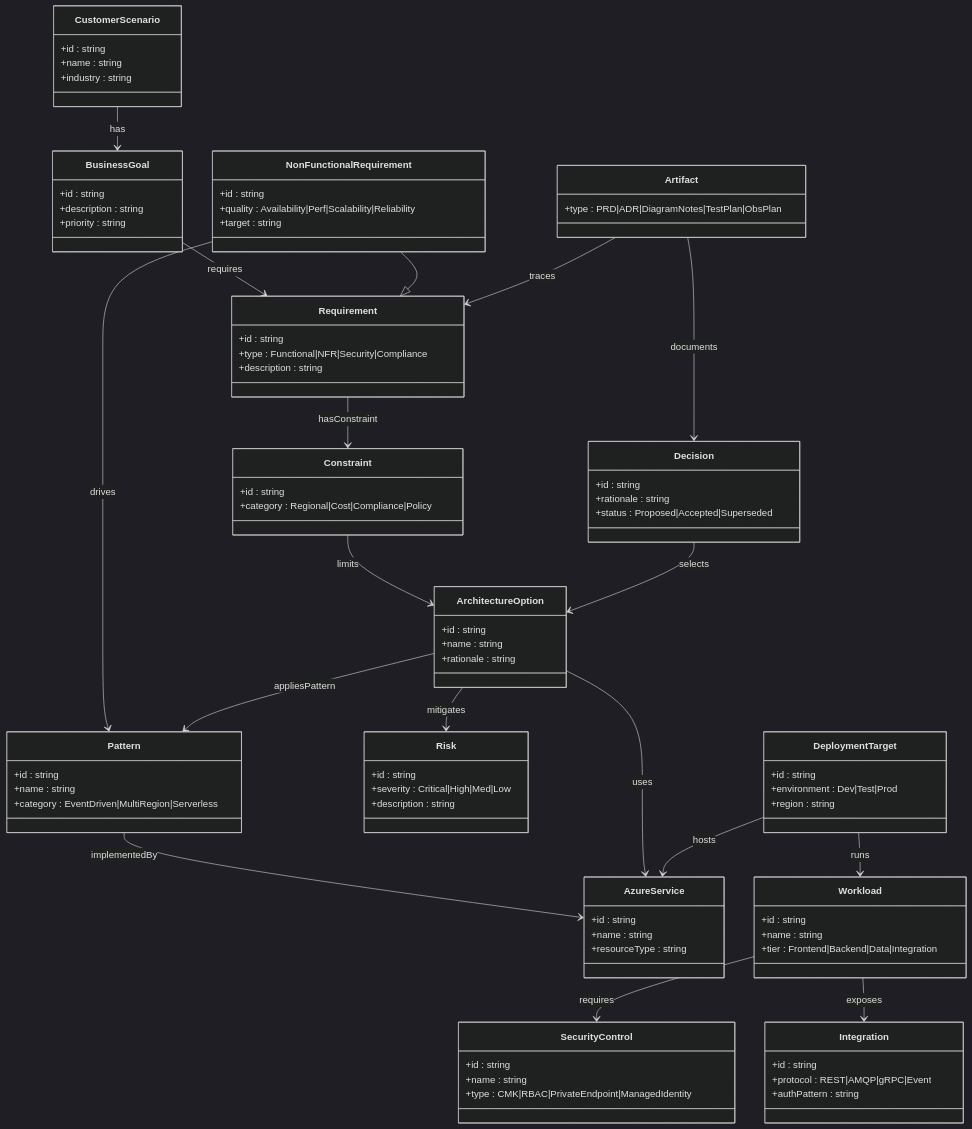
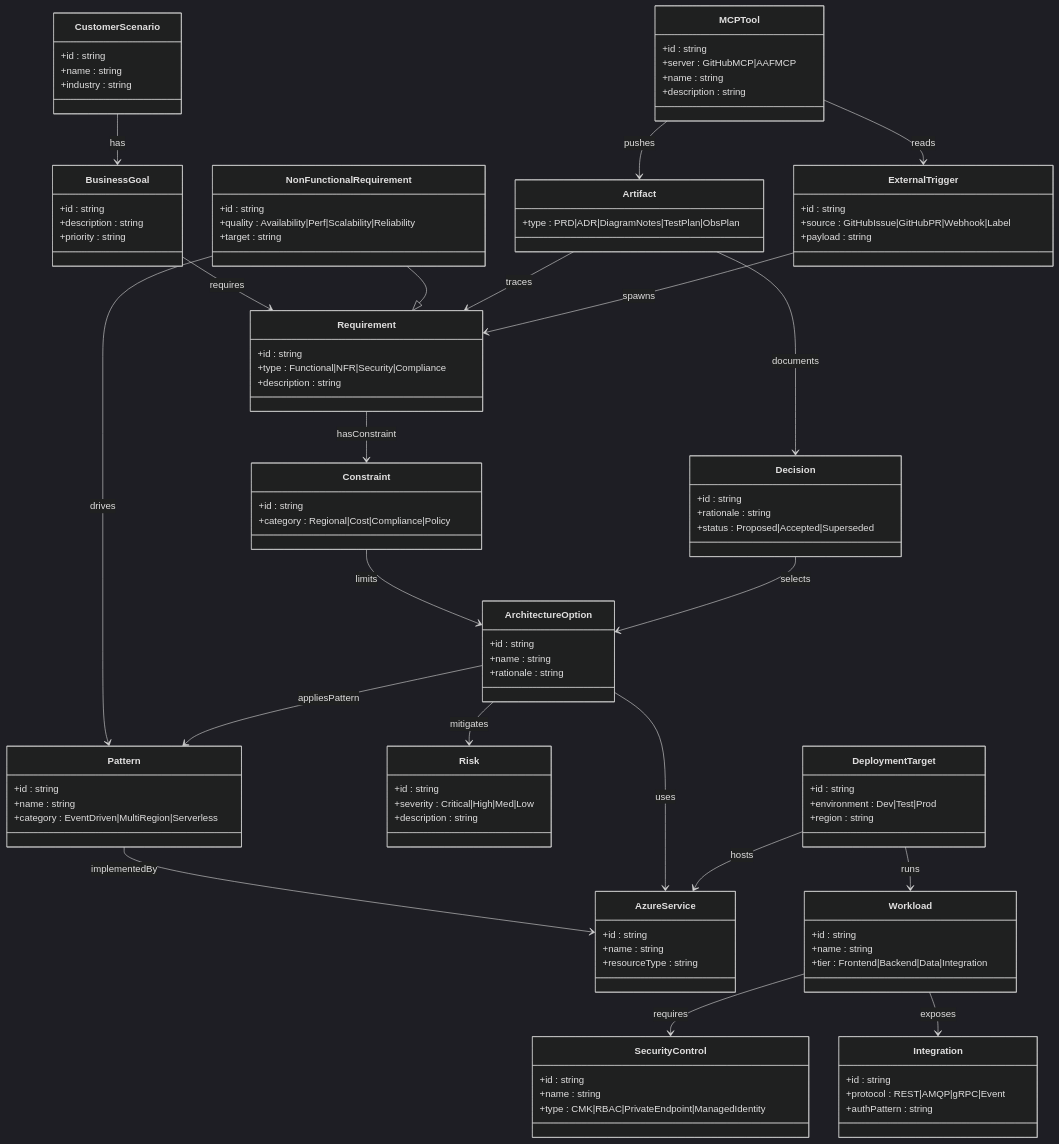
Before and after one commit to fbabaei/azure-architecture-factory: the third of 6 diagrams in docs/AAF_ONTOLOGY_DIAGRAMS.md, drawn with Mermaid (dark theme). The commit also changed other lines of this file and 1 other file, not shown here.

Commit message:
docs(ontology): update ontology models and scoping diagram for GitHub MCP integration

````diff
--- a/docs/AAF_ONTOLOGY_DIAGRAMS.md
+++ b/docs/AAF_ONTOLOGY_DIAGRAMS.md
@@ -197,6 +214,17 @@
         +protocol : REST|AMQP|gRPC|Event
         +authPattern : string
     }
+    class ExternalTrigger {
+        +id : string
+        +source : GitHubIssue|GitHubPR|Webhook|Label
+        +payload : string
+    }
+    class MCPTool {
+        +id : string
+        +server : GitHubMCP|AAFMCP
+        +name : string
+        +description : string
+    }
 
     CustomerScenario --> BusinessGoal : has
     BusinessGoal --> Requirement : requires
@@ -215,4 +243,7 @@
     Workload --> Integration : exposes
     DeploymentTarget --> AzureService : hosts
     DeploymentTarget --> Workload : runs
+    ExternalTrigger --> Requirement : spawns
+    MCPTool --> ExternalTrigger : reads
+    MCPTool --> Artifact : pushes
 ```
````
